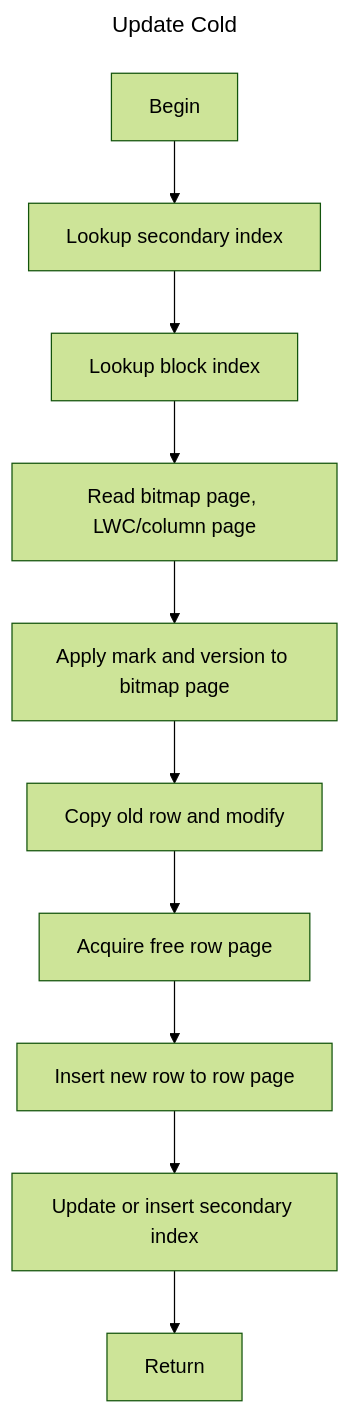
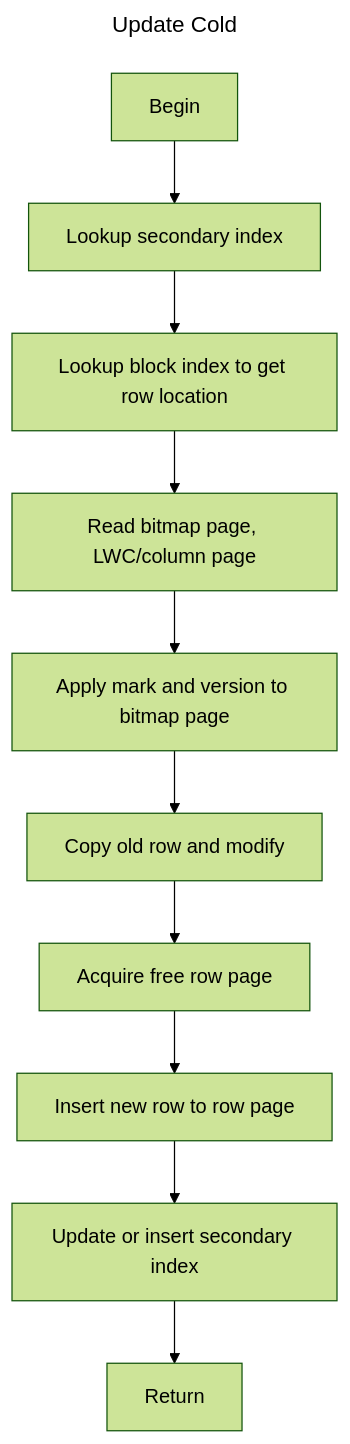
Before and after one commit to jiangzhe/doradb: the fifth of 6 diagrams in docs/architecture.md, drawn with Mermaid (forest theme). The commit also changed other lines of this file and 15 other files, not shown here.

````diff
--- a/docs/architecture.md
+++ b/docs/architecture.md
@@ -187,16 +202,16 @@
 ```mermaid
 ---
 title: Update Cold
 ---
 flowchart TD
     A[Begin]
     A --> B[Lookup secondary index]
-    B --> C[Lookup block index]
+    B --> C[Lookup block index to get row location]
     C --> D[Read bitmap page, LWC/column page]
     D --> E[Apply mark and version to bitmap page]
     E --> F[Copy old row and modify]
     F --> G[Acquire free row page]
     G --> H[Insert new row to row page]
     H --> I[Update or insert secondary index]
     I --> J[Return]
 ```
````
